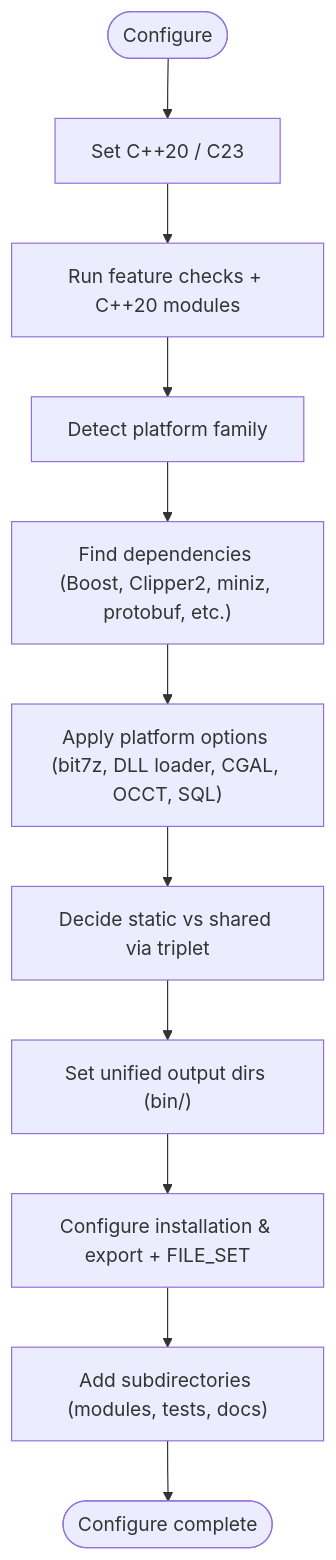
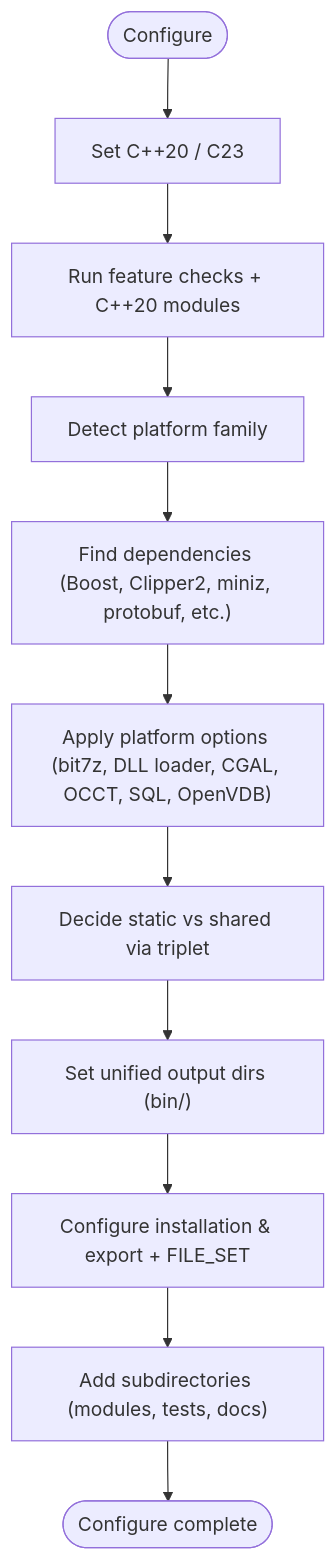
One commit to hsmbanlance/HsBaSlicer changed the third of 19 diagrams in .qoder/repowiki/en/content/Getting Started/Multi-Platform Build System.md. Above: the diagram before and after it, drawn with Mermaid. The commit also changed other lines of this file and 31 other files, not shown here.

First line of the commit message:
docs(architecture): 更新文档以包含事件处理系统和动态库测试

````diff
--- a/.qoder/repowiki/en/content/Getting Started/Multi-Platform Build System.md
+++ b/.qoder/repowiki/en/content/Getting Started/Multi-Platform Build System.md
@@ -185,13 +194,13 @@
 ```mermaid
 flowchart TD
 Start(["Configure"]) --> Standards["Set C++20 / C23"]
 Standards --> Features["Run feature checks + C++20 modules"]
 Features --> Platform["Detect platform family"]
 Platform --> Deps["Find dependencies (Boost, Clipper2, miniz, protobuf, etc.)"]
-Deps --> Options["Apply platform options (bit7z, DLL loader, CGAL, OCCT, SQL)"]
+Deps --> Options["Apply platform options (bit7z, DLL loader, CGAL, OCCT, SQL, OpenVDB)"]
 Options --> Linkage["Decide static vs shared via triplet"]
 Linkage --> OutputDirs["Set unified output dirs (bin/<config>)"]
 OutputDirs --> Install["Configure installation & export + FILE_SET"]
 Install --> Subdirs["Add subdirectories (modules, tests, docs)"]
 Subdirs --> End(["Configure complete"])
 ```
````
